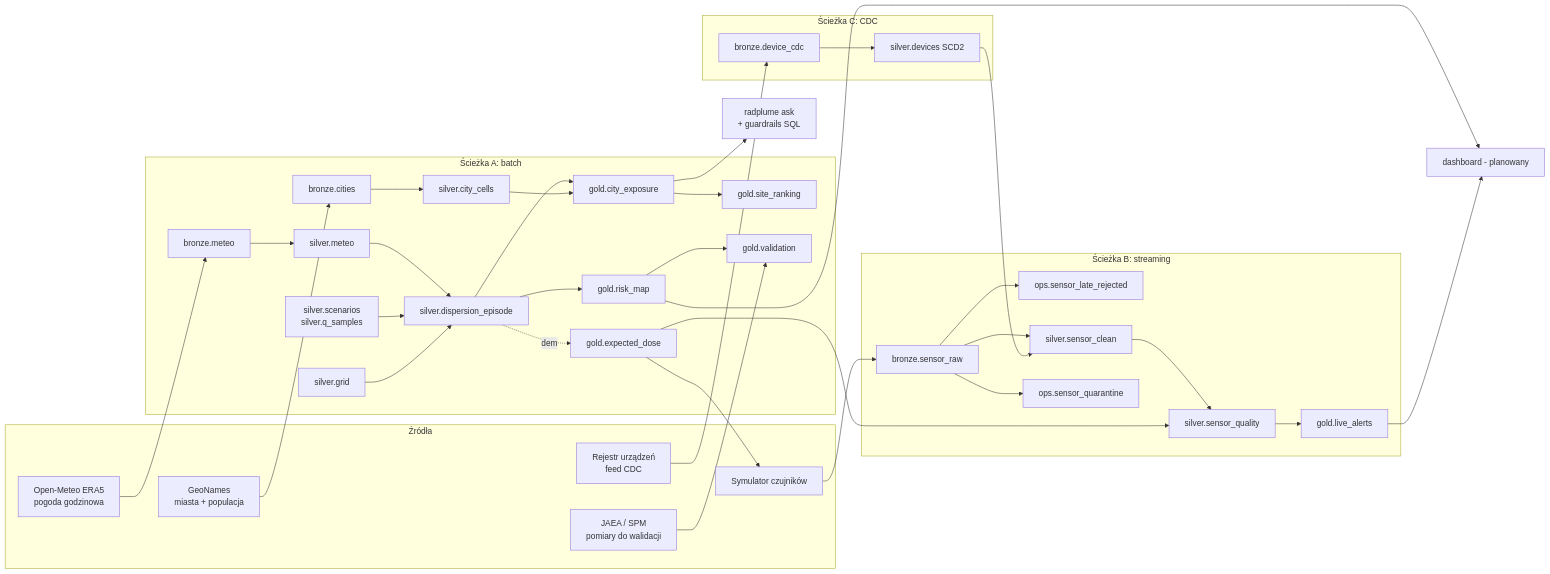
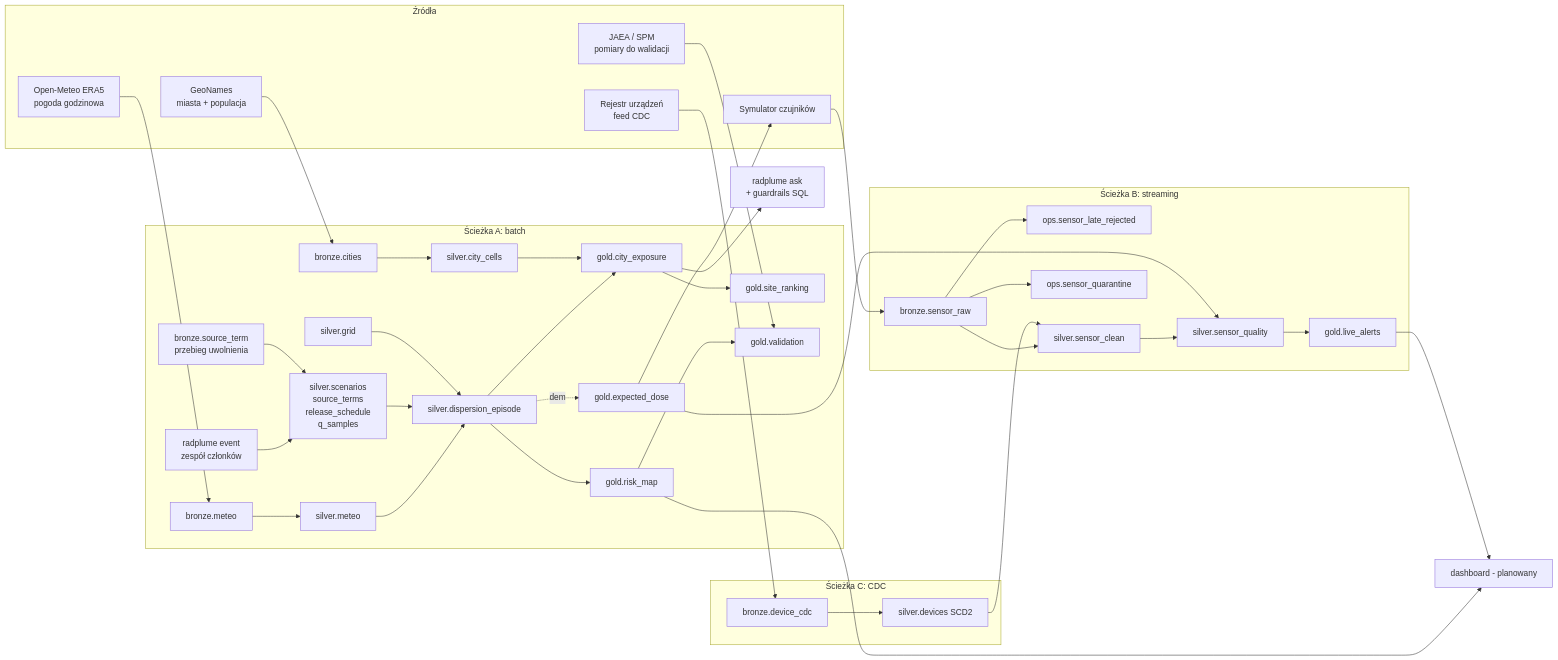
Before and after one commit to adamalama151212-code/DEMO: the first of 3 diagrams in docs/ARCHITECTURE.md, drawn with Mermaid. The commit also changed other lines of this file and 6 other files, not shown here.

````diff
--- a/docs/ARCHITECTURE.md
+++ b/docs/ARCHITECTURE.md
@@ -55,49 +63,51 @@
 ```mermaid
 flowchart LR
     subgraph src[Źródła]
         OM[Open-Meteo ERA5<br/>pogoda godzinowa]
         GN[GeoNames<br/>miasta + populacja]
         JAEA[JAEA / SPM<br/>pomiary do walidacji]
         SIM[Symulator czujników]
         REG[Rejestr urządzeń<br/>feed CDC]
     end
 
     subgraph A[Ścieżka A: batch]
         BM[bronze.meteo] --> SM[silver.meteo]
         BC[bronze.cities] --> CC[silver.city_cells]
         SM --> DISP[silver.dispersion_episode]
-        SC[silver.scenarios<br/>silver.q_samples] --> DISP
+        SC[silver.scenarios<br/>source_terms<br/>release_schedule<br/>q_samples] --> DISP
+        EV[radplume event<br/>zespół członków] --> SC
+        ST[bronze.source_term<br/>przebieg uwolnienia] --> SC
         G[silver.grid] --> DISP
         DISP --> RM[gold.risk_map]
         DISP --> CE[gold.city_exposure]
         CC --> CE
         CE --> SR[gold.site_ranking]
         RM --> VAL[gold.validation]
         DISP -.demo.-> ED[gold.expected_dose]
     end
 
     subgraph B[Ścieżka B: streaming]
         RAW[bronze.sensor_raw] --> LATE[ops.sensor_late_rejected]
         RAW --> CLEAN[silver.sensor_clean]
         RAW --> QUAR[ops.sensor_quarantine]
         CLEAN --> QUAL[silver.sensor_quality]
         QUAL --> AL[gold.live_alerts]
     end
 
     subgraph C[Ścieżka C: CDC]
         BCDC[bronze.device_cdc] --> DEV[silver.devices SCD2]
     end
 
     OM --> BM
     GN --> BC
     JAEA --> VAL
     SIM --> RAW
     REG --> BCDC
     ED --> SIM
     ED --> QUAL
     DEV --> CLEAN
 
     CE --> APP[radplume ask<br/>+ guardrails SQL]
     RM --> DASH[dashboard - planowany]
     AL --> DASH
 ```
````
